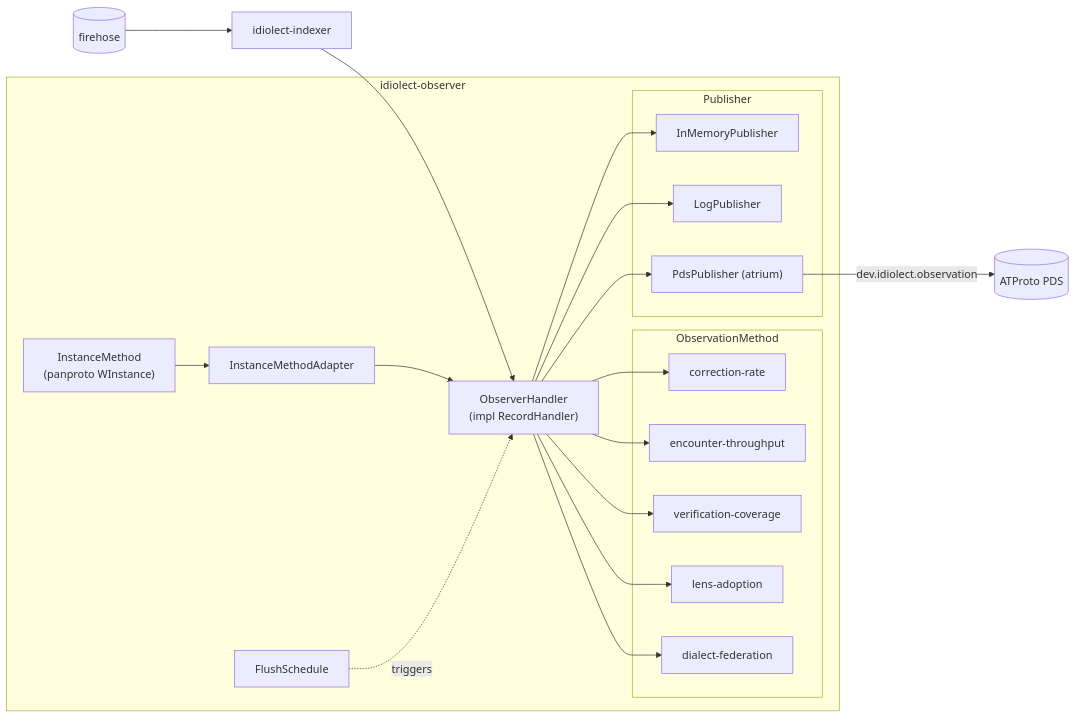
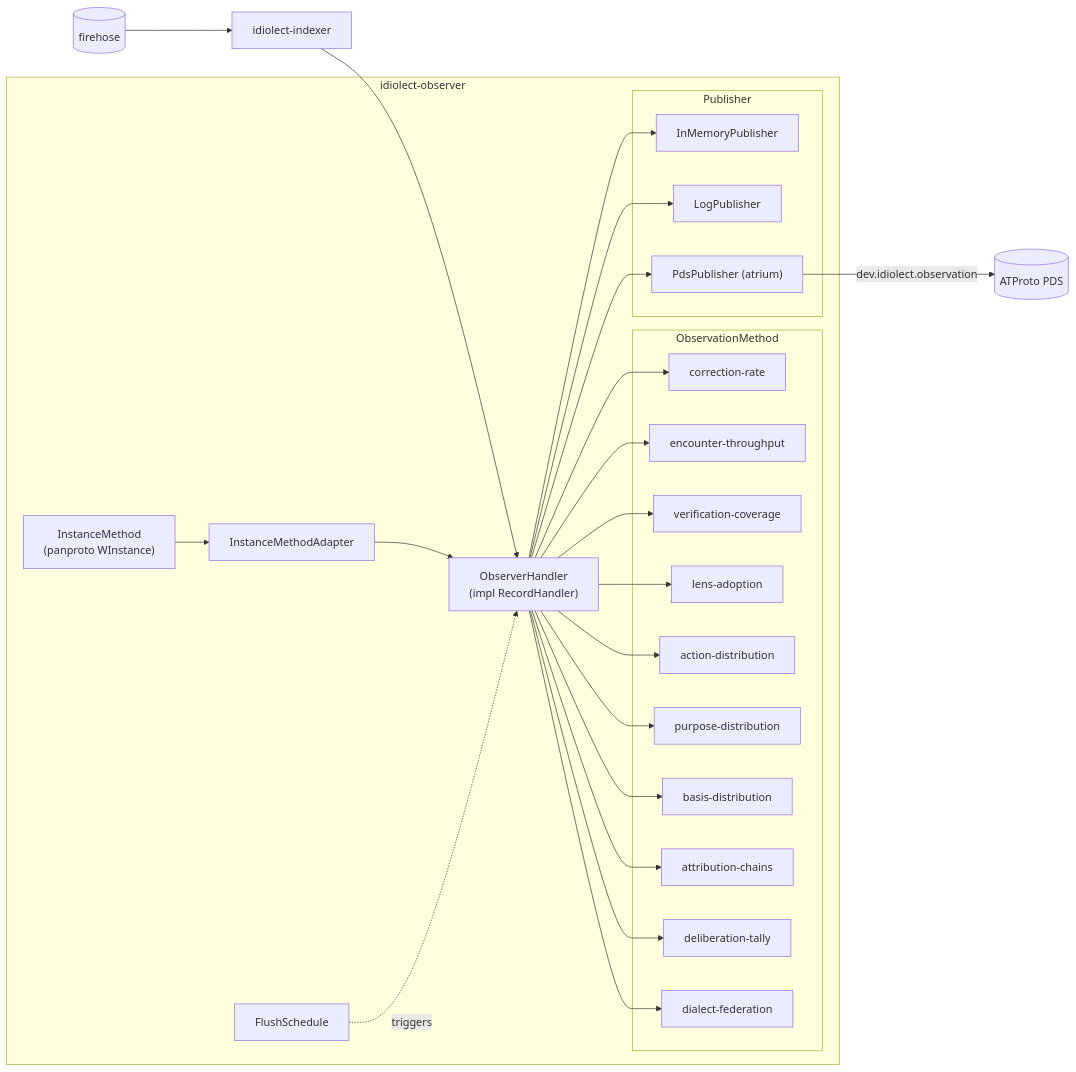
The diagram in crates/idiolect-observer/README.md (idiolect-dev/idiolect), drawn with Mermaid before and after one commit. The commit also changed other lines of this file and 16 other files, not shown here.

````diff
--- a/crates/idiolect-observer/README.md
+++ b/crates/idiolect-observer/README.md
@@ -16,39 +16,49 @@
 ```mermaid
 flowchart LR
     FH[("firehose")]
     IDX["idiolect-indexer"]
 
     subgraph observer["idiolect-observer"]
         OH["ObserverHandler<br/>(impl RecordHandler)"]
         subgraph methods["ObservationMethod"]
             M1["correction-rate"]
             M2["encounter-throughput"]
             M3["verification-coverage"]
             M4["lens-adoption"]
-            M5["dialect-federation"]
+            M5["action-distribution"]
+            M6["purpose-distribution"]
+            M7["basis-distribution"]
+            M8["attribution-chains"]
+            M9["deliberation-tally"]
+            M10["dialect-federation"]
         end
         IM["InstanceMethod<br/>(panproto WInstance)"]
         ADAPT["InstanceMethodAdapter"]
         FS["FlushSchedule"]
         subgraph pub["Publisher"]
             P1["InMemoryPublisher"]
             P2["LogPublisher"]
             P3["PdsPublisher (atrium)"]
         end
     end
 
     PDS[("ATProto PDS")]
 
     FH --> IDX --> OH
     OH --> M1
     OH --> M2
     OH --> M3
     OH --> M4
     OH --> M5
+    OH --> M6
+    OH --> M7
+    OH --> M8
+    OH --> M9
+    OH --> M10
     IM --> ADAPT --> OH
     FS -.triggers.-> OH
     OH --> P1
     OH --> P2
     OH --> P3
     P3 -->|dev.idiolect.observation| PDS
 ```
````
